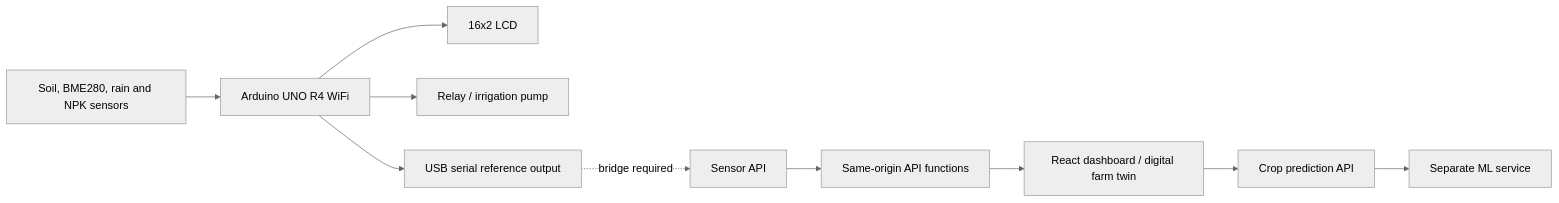
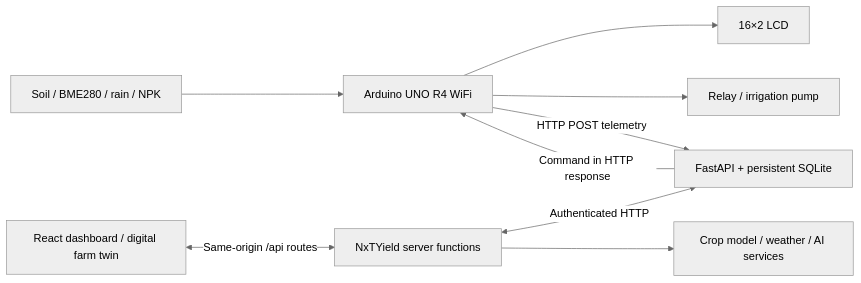
Before and after one commit to SamsDevForge/NxTYield_Final: the diagram in README.md, drawn with Mermaid (neutral theme). The commit also changed other lines of this file and 29 other files, not shown here.

Commit message:
feat: connect FarmSense HTTP telemetry and remote irrigation end to end

````diff
--- a/README.md
+++ b/README.md
@@ -42,12 +23,11 @@
 ```mermaid
 flowchart LR
-    Sensors["Soil, BME280, rain and NPK sensors"] --> Arduino["Arduino UNO R4 WiFi"]
-    Arduino --> LCD["16x2 LCD"]
+    Sensors["Soil / BME280 / rain / NPK"] --> Arduino["Arduino UNO R4 WiFi"]
+    Arduino --> LCD["16×2 LCD"]
     Arduino --> Relay["Relay / irrigation pump"]
-    Arduino --> Serial["USB serial reference output"]
-    Serial -. "bridge required" .-> SensorAPI["Sensor API"]
-    SensorAPI --> Functions["Same-origin API functions"]
-    Functions --> Dashboard["React dashboard / digital farm twin"]
-    Dashboard --> Predict["Crop prediction API"]
-    Predict --> Model["Separate ML service"]
+    Arduino -->|"HTTP POST telemetry"| FastAPI["FastAPI + persistent SQLite"]
+    FastAPI -->|"Command in HTTP response"| Arduino
+    Dashboard["React dashboard / digital farm twin"] <-->|"Same-origin /api routes"| API["NxTYield server functions"]
+    API <-->|"Authenticated HTTP"| FastAPI
+    API --> Services["Crop model / weather / AI services"]
 ```
````
